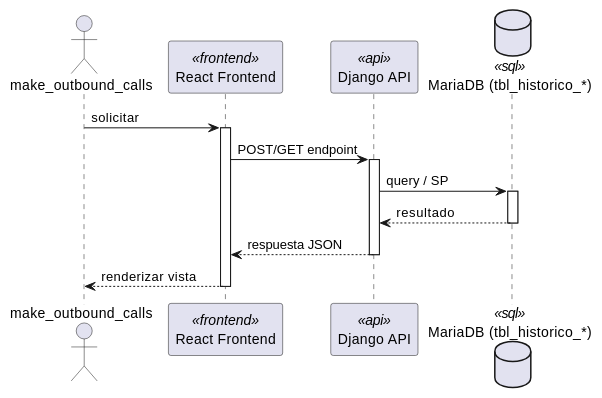
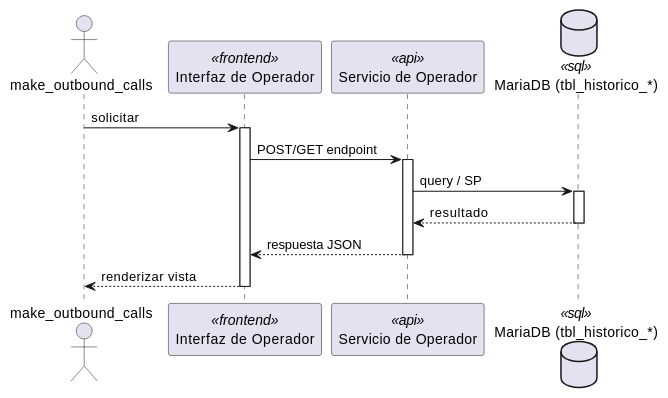
The first of 2 diagrams in source/arquitectura-tecnica/DesignView/opr-03.rst (jcg-admin/IACT-docs), drawn with PlantUML before and after one commit. The commit also changed other lines of this file and 243 other files, not shown here.

First line of the commit message:
Add missing diagrams and fix participant names across Kruchten views

```diff
--- a/source/arquitectura-tecnica/DesignView/opr-03.rst
+++ b/source/arquitectura-tecnica/DesignView/opr-03.rst
@@ -22,28 +22,28 @@
 .. uml::
  :caption: UC_OPR_03 — Design View (secuencia)
 
  @startuml
 
  actor "make_outbound_calls" as make_outbound_calls
- participant "React Frontend" as Frontend <<frontend>>
- participant "Django API" as APIServer <<api>>
- database "MariaDB (tbl_historico_*)" as BaseDatos <<sql>>
+ participant "Interfaz de Operador" as Iface <<frontend>>
+ participant "Servicio de Operador" as SvcNode <<api>>
+ database "MariaDB (tbl_historico_*)" as Store <<sql>>
 
- make_outbound_calls -> Frontend : solicitar
- activate Frontend
+ make_outbound_calls -> Iface : solicitar
+ activate Iface
 
- Frontend -> APIServer : POST/GET endpoint
- activate APIServer
+ Iface -> SvcNode : POST/GET endpoint
+ activate SvcNode
 
- APIServer -> BaseDatos : query / SP
- activate BaseDatos
- BaseDatos --> APIServer : resultado
- deactivate BaseDatos
+ SvcNode -> Store : query / SP
+ activate Store
+ Store --> SvcNode : resultado
+ deactivate Store
 
- APIServer --> Frontend : respuesta JSON
- deactivate APIServer
+ SvcNode --> Iface : respuesta JSON
+ deactivate SvcNode
 
- Frontend --> make_outbound_calls : renderizar vista
- deactivate Frontend
+ Iface --> make_outbound_calls : renderizar vista
+ deactivate Iface
 
  @enduml
```
